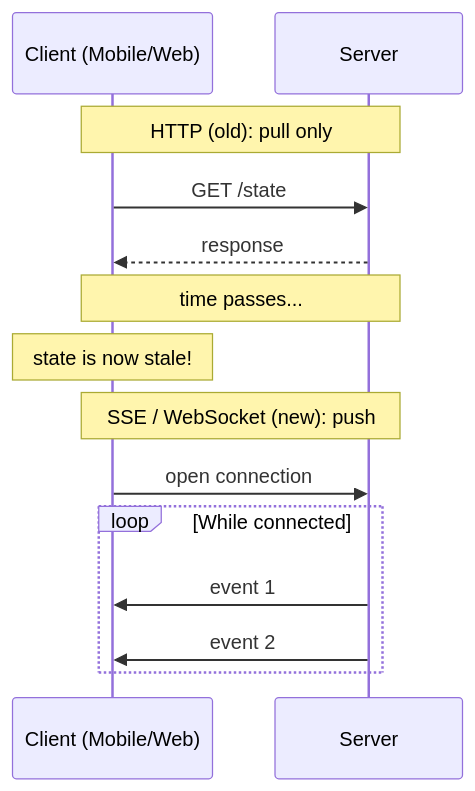
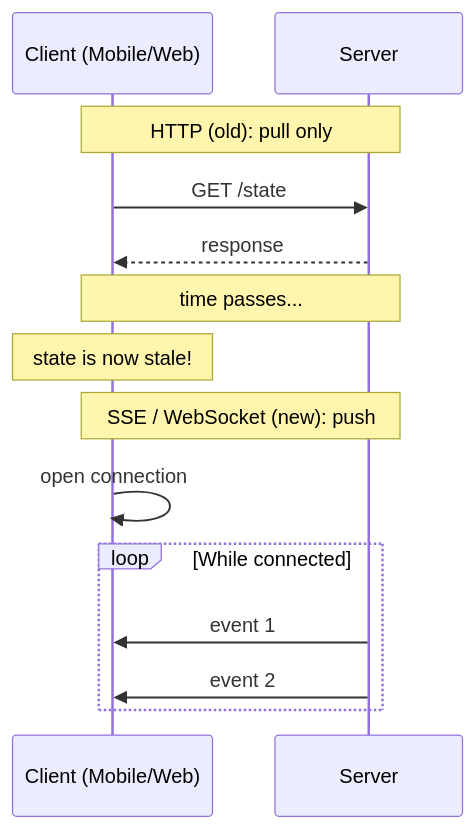
Diagram 23 of 29 in chapter-13-philosophy-streaming-systems.md (shpsi/Designing-Data-Intensive-Applications), drawn with Mermaid before and after one commit. The commit also changed other lines of this file and 15 other files, not shown here.

````diff
--- a/chapter-13-philosophy-streaming-systems.md
+++ b/chapter-13-philosophy-streaming-systems.md
@@ -1025,18 +876,18 @@
 ```mermaid
 sequenceDiagram
     participant C as Client (Mobile/Web)
     participant S as Server
 
     Note over C,S: HTTP (old): pull only
     C->>S: GET /state
     S-->>C: response
     Note over C,S: time passes...
     Note over C: state is now stale!
 
     Note over C,S: SSE / WebSocket (new): push
-    C->>S: open connection
+    C->>C: open connection
     loop While connected
         S->>C: event 1
         S->>C: event 2
     end
 ```
````
